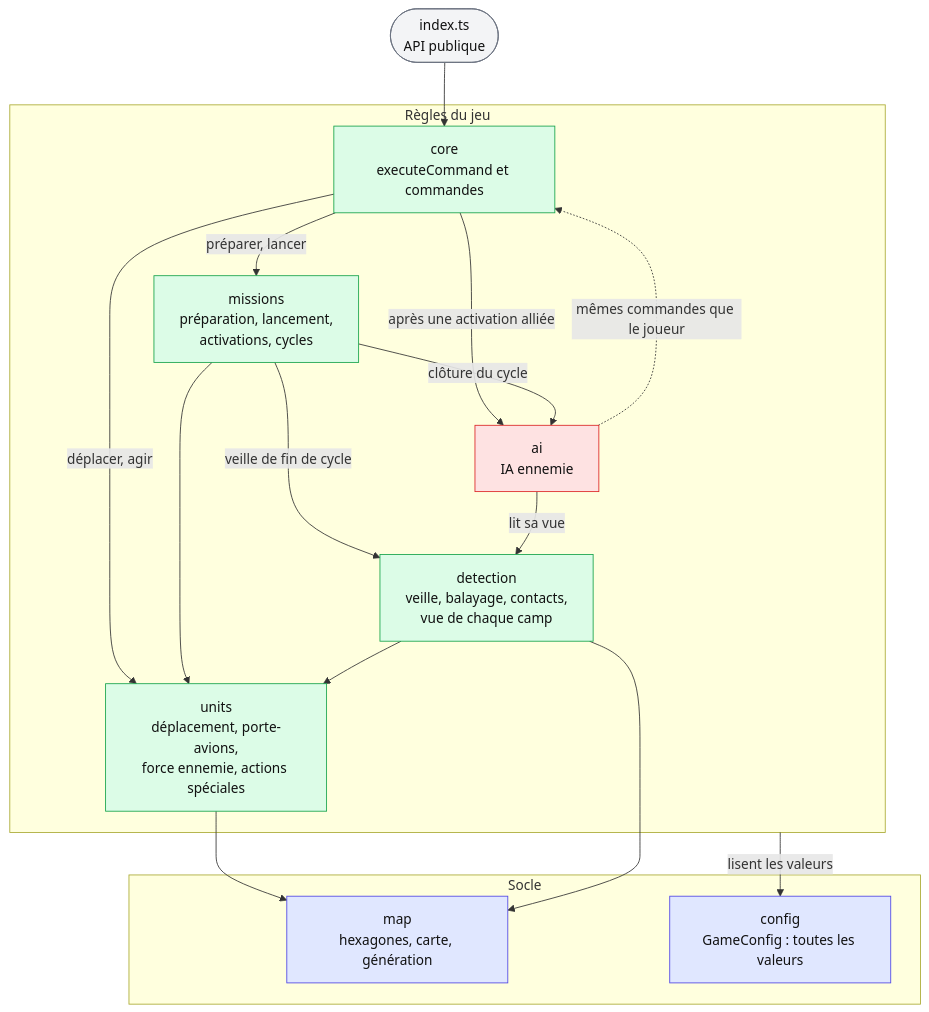
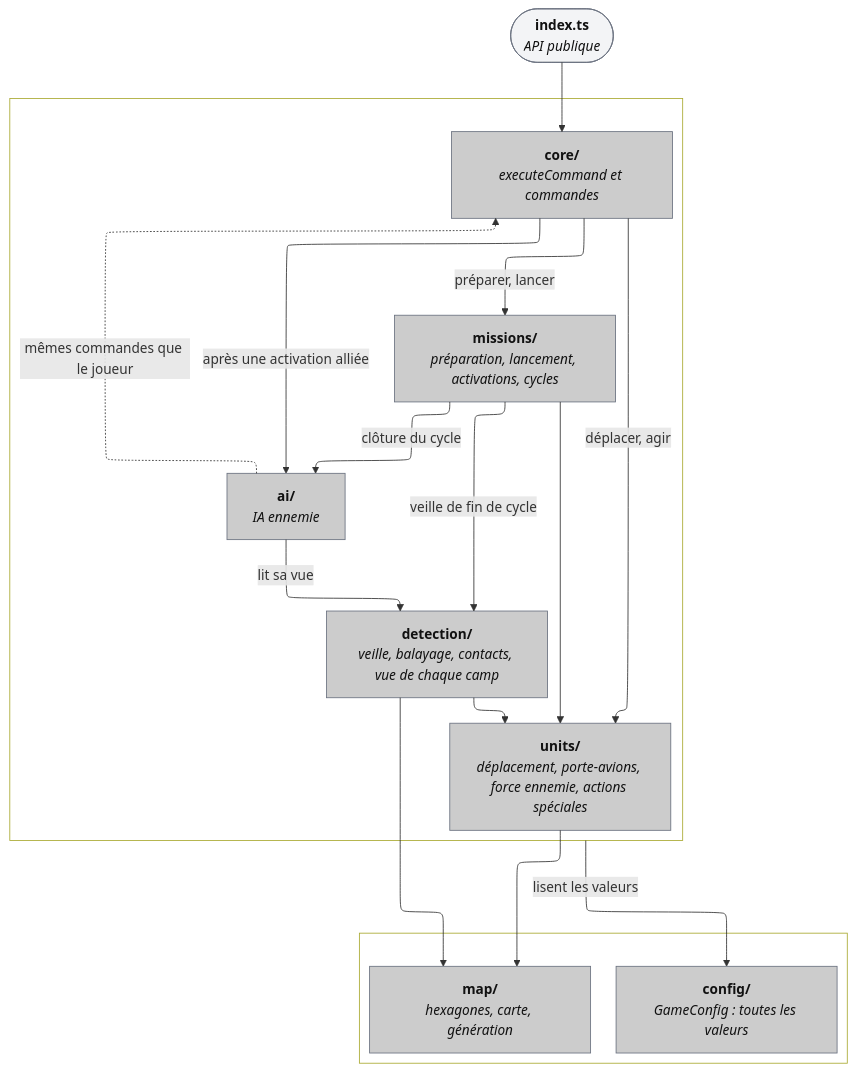
One commit to peangoulvant/Tacticoop changed the diagram in docs/diagrams/02-engine.md. Above: the diagram before and after it, drawn with Mermaid. The commit also changed 8 other files, not shown here.

First line of the commit message:
Diagrammes : style gris uni, libellés nom en gras et explication en italique, disposition ELK (d'après 01-architecture)

````diff
--- a/docs/diagrams/02-engine.md
+++ b/docs/diagrams/02-engine.md
@@ -5,36 +5,41 @@
 ```mermaid
+---
+config:
+  layout: elk
+---
 flowchart TB
-    api(["index.ts<br/>API publique"]):::api
+    api(["`**index.ts**<br>*API publique*`"]):::ext
 
-    subgraph regles["Règles du jeu"]
-        core["core<br/>executeCommand et commandes"]:::core
-        missions["missions<br/>préparation, lancement,<br/>activations, cycles"]:::core
-        units["units<br/>déplacement, porte-avions,<br/>force ennemie, actions spéciales"]:::core
-        detection["detection<br/>veille, balayage, contacts,<br/>vue de chaque camp"]:::core
-        ai["ai<br/>IA ennemie"]:::ai
+    subgraph regles["`**Règles du jeu**`"]
+        core["`**core/**<br>*executeCommand et commandes*`"]:::ui
+        missions["`**missions/**<br>*préparation, lancement, activations, cycles*`"]:::ui
+        units["`**units/**<br>*déplacement, porte-avions, force ennemie, actions spéciales*`"]:::ui
+        detection["`**detection/**<br>*veille, balayage, contacts, vue de chaque camp*`"]:::ui
+        ai["`**ai/**<br>*IA ennemie*`"]:::ui
     end
 
-    subgraph socle["Socle"]
-        map["map<br/>hexagones, carte, génération"]:::base
-        config["config<br/>GameConfig : toutes les valeurs"]:::base
+    subgraph socle["`**Socle**`"]
+        map["`**map/**<br>*hexagones, carte, génération*`"]:::ui
+        config["`**config/**<br>*GameConfig : toutes les valeurs*`"]:::ui
     end
 
     api --> core
     core -->|"préparer, lancer"| missions
     core -->|"déplacer, agir"| units
     core -->|"après une activation alliée"| ai
     missions -->|"clôture du cycle"| ai
     missions -->|"veille de fin de cycle"| detection
     missions --> units
     ai -.->|"mêmes commandes que le joueur"| core
     ai -->|"lit sa vue"| detection
     detection --> units
     units --> map
     detection --> map
     regles -->|"lisent les valeurs"| config
 
-    classDef api fill:#f3f4f6,stroke:#6b7280,color:#111
-    classDef core fill:#dcfce7,stroke:#16a34a,color:#111
-    classDef ai fill:#fee2e2,stroke:#dc2626,color:#111
-    classDef base fill:#e0e7ff,stroke:#4f46e5,color:#111
+    style regles stroke:#fffff,fill:transparent,color:#ffffff
+    style socle stroke:#fffff,fill:transparent,color:#ffffff
+
+    classDef ui fill:#cccccc,stroke:#6b7280,color:#111
+    classDef ext fill:#f3f4f6,stroke:#6b7280,color:#111
 ```
````
